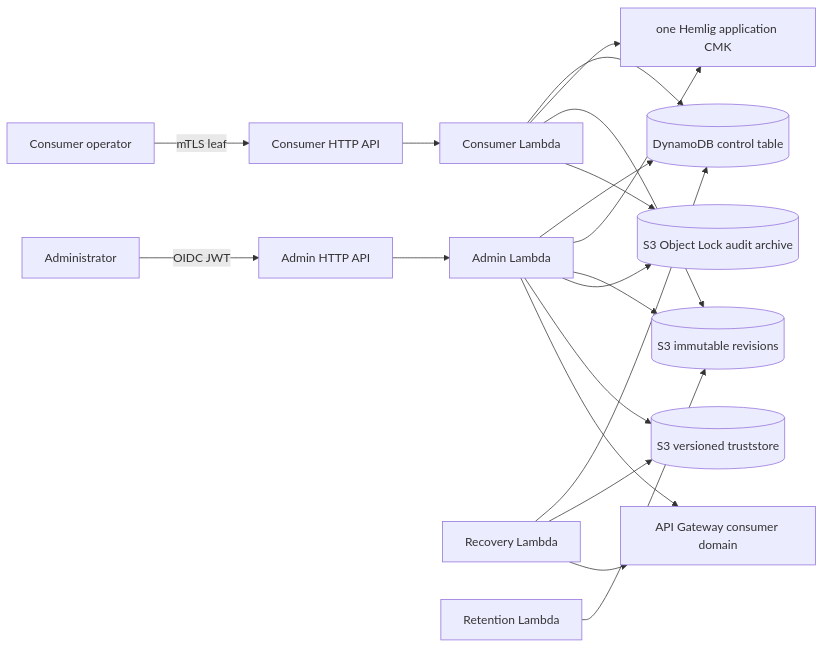
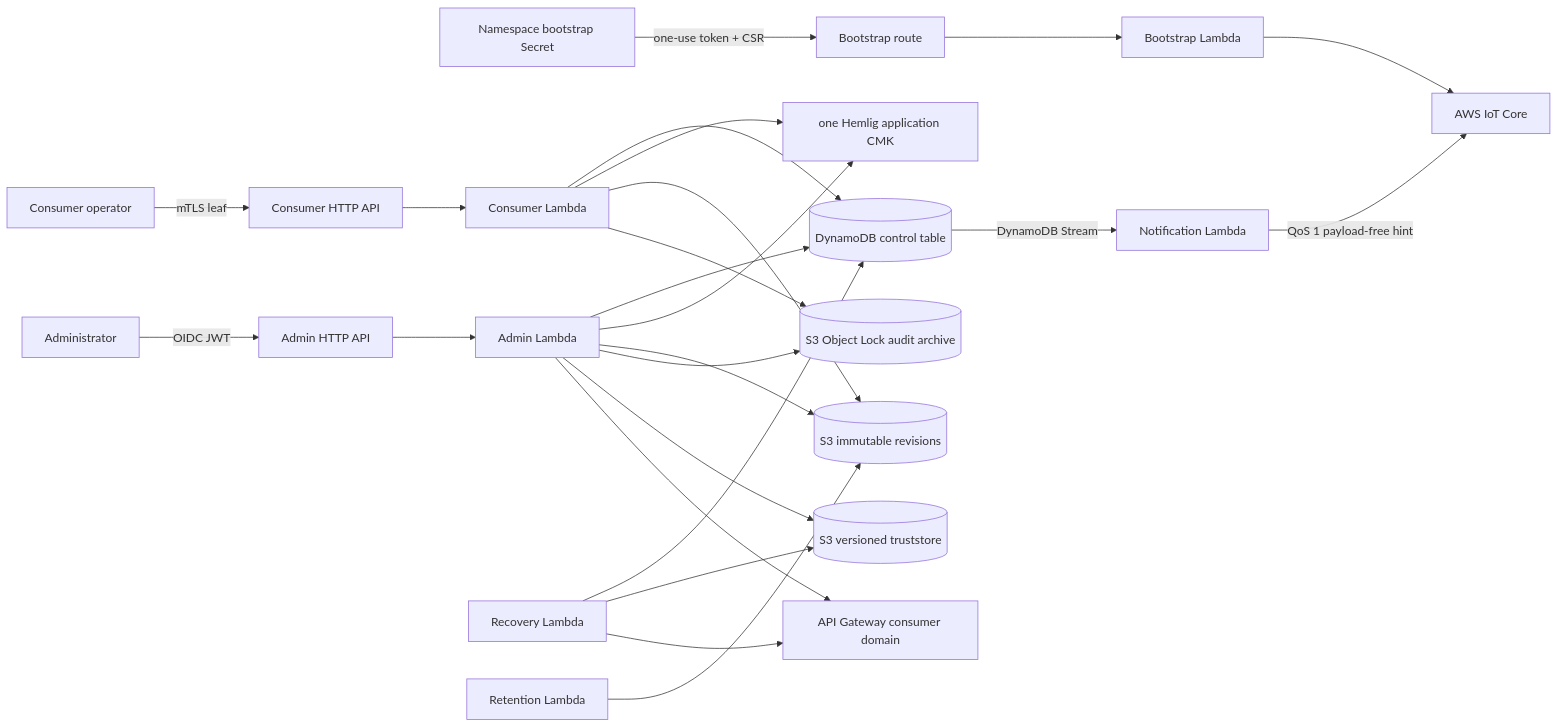
Before and after one commit to zyno-io/hemlig: the diagram in docs/architecture.md, drawn with Mermaid. The commit also changed other lines of this file and 112 other files, not shown here.

````diff
--- a/docs/architecture.md
+++ b/docs/architecture.md
@@ -24,21 +24,26 @@
 ```mermaid
 flowchart LR
   administrator[Administrator] -->|OIDC JWT| adminApi[Admin HTTP API]
+  bootstrap[Namespace bootstrap Secret] -->|one-use token + CSR| bootstrapApi[Bootstrap route]
   operator[Consumer operator] -->|mTLS leaf| consumerApi[Consumer HTTP API]
   adminApi --> adminLambda[Admin Lambda]
+  bootstrapApi --> bootstrapLambda[Bootstrap Lambda]
   consumerApi --> consumerLambda[Consumer Lambda]
   adminLambda --> table[(DynamoDB control table)]
   consumerLambda --> table
   adminLambda --> kms[one Hemlig application CMK]
   consumerLambda --> kms
   adminLambda --> revisions[(S3 immutable revisions)]
   consumerLambda --> revisions
   adminLambda --> audit[(S3 Object Lock audit archive)]
   consumerLambda --> audit
+  bootstrapLambda --> iot[AWS IoT Core]
+  table -->|DynamoDB Stream| notificationLambda[Notification Lambda]
+  notificationLambda -->|QoS 1 payload-free hint| iot
   recovery[Recovery Lambda] --> table
   adminLambda --> truststore[(S3 versioned truststore)]
   recovery --> truststore
   adminLambda --> domain[API Gateway consumer domain]
   recovery --> domain
   retention[Retention Lambda] --> revisions
 ```
````
